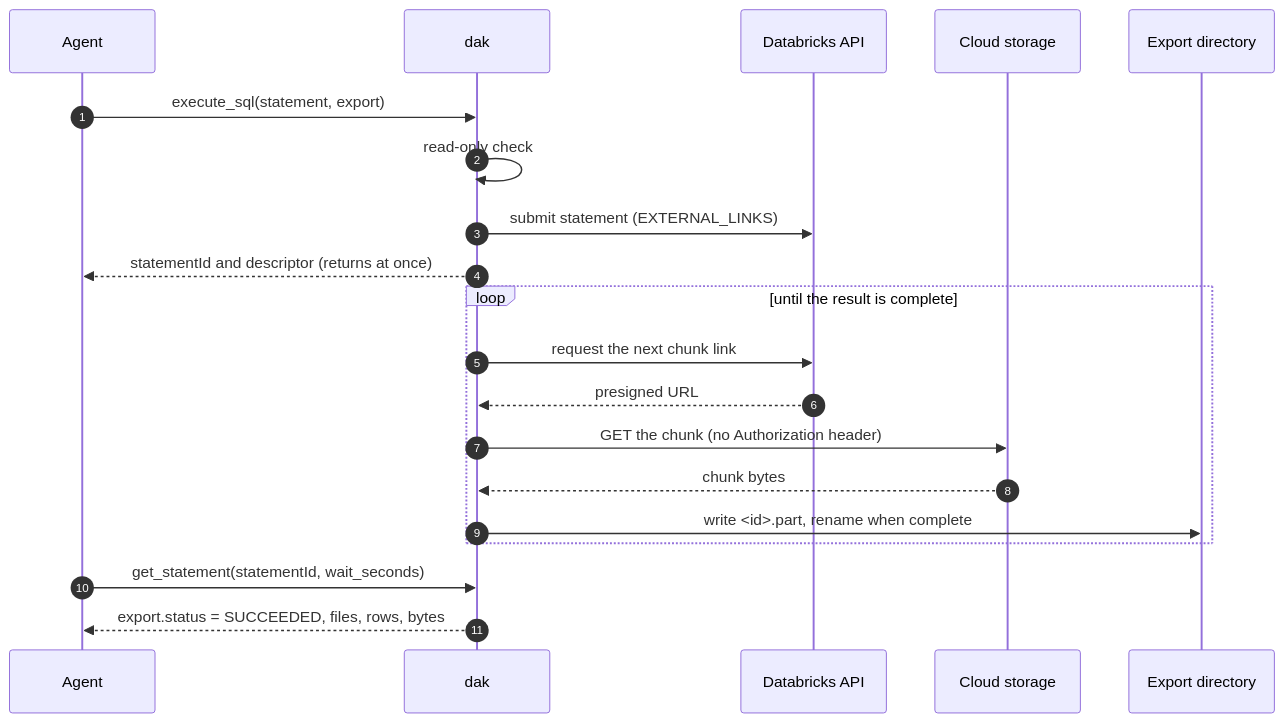
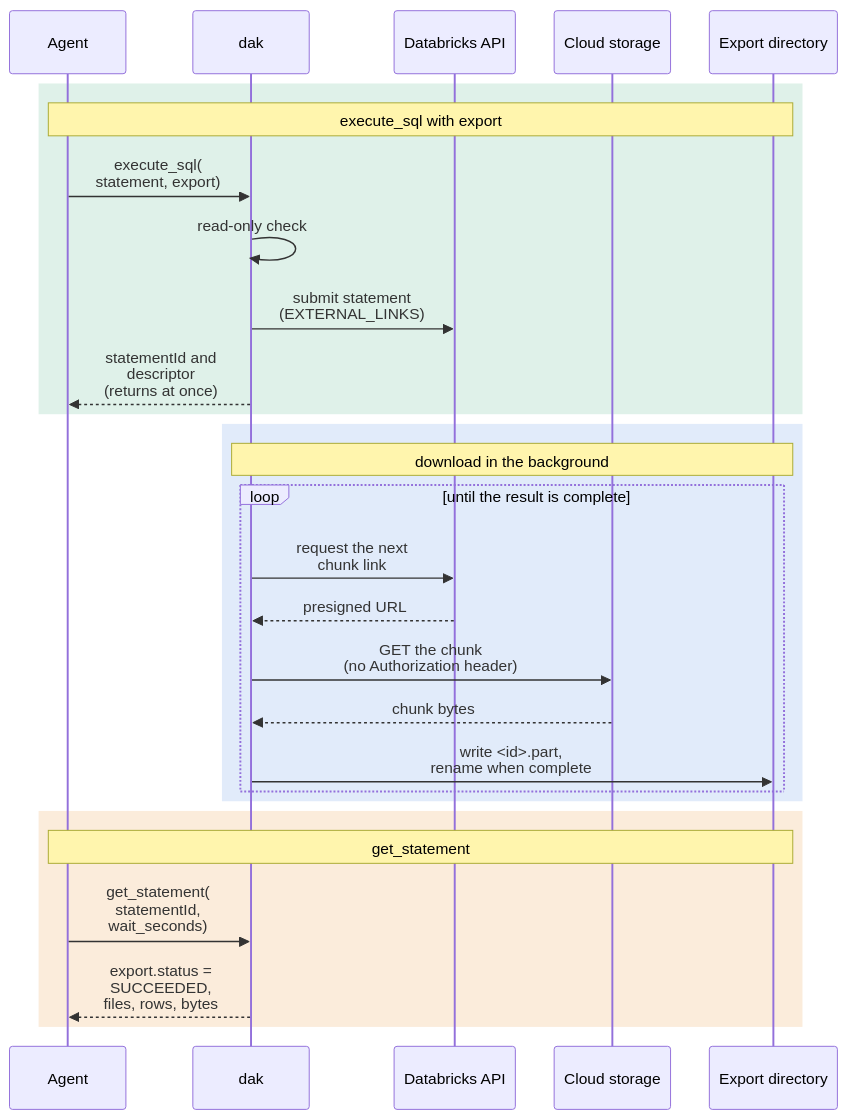
Before and after one commit to alexmarco/databricks-agent-kit: the diagram in docs/architecture.md, drawn with Mermaid.

Commit message:
docs: style the export sequence of the architecture page with one block per phase
Refs #40

````diff
--- a/docs/architecture.md
+++ b/docs/architecture.md
@@ -29,23 +29,40 @@
 ```mermaid
+---
+config:
+  sequence:
+    width: 120
+    actorMargin: 40
+    noteMargin: 8
+---
 sequenceDiagram
-  autonumber
   participant A as Agent
   participant D as dak
   participant W as Databricks API
   participant S as Cloud storage
   participant F as Export directory
 
-  A->>D: execute_sql(statement, export)
-  D->>D: read-only check
-  D->>W: submit statement (EXTERNAL_LINKS)
-  D-->>A: statementId and descriptor (returns at once)
-  loop until the result is complete
-    D->>W: request the next chunk link
-    W-->>D: presigned URL
-    D->>S: GET the chunk (no Authorization header)
-    S-->>D: chunk bytes
-    D->>F: write <id>.part, rename when complete
+  rect rgba(30, 158, 98, 0.14)
+    Note over A,F: execute_sql with export
+    A->>D: execute_sql(<br/>statement, export)
+    D->>D: read-only check
+    D->>W: submit statement<br/>(EXTERNAL_LINKS)
+    D-->>A: statementId and<br/>descriptor<br/>(returns at once)
   end
-  A->>D: get_statement(statementId, wait_seconds)
-  D-->>A: export.status = SUCCEEDED, files, rows, bytes
+
+  rect rgba(47, 111, 219, 0.14)
+    Note over D,F: download in the background
+    loop until the result is complete
+      D->>W: request the next<br/>chunk link
+      W-->>D: presigned URL
+      D->>S: GET the chunk<br/>(no Authorization header)
+      S-->>D: chunk bytes
+      D->>F: write <id>.part,<br/>rename when complete
+    end
+  end
+
+  rect rgba(224, 123, 0, 0.14)
+    Note over A,F: get_statement
+    A->>D: get_statement(<br/>statementId,<br/>wait_seconds)
+    D-->>A: export.status =<br/>SUCCEEDED,<br/>files, rows, bytes
+  end
 ```
````
